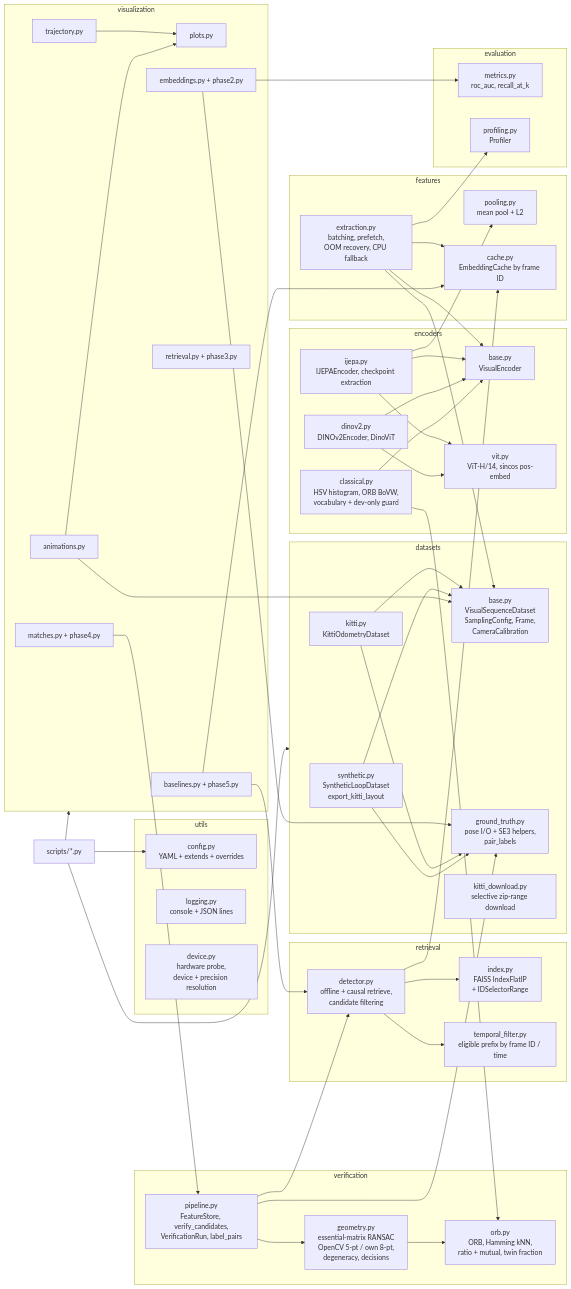
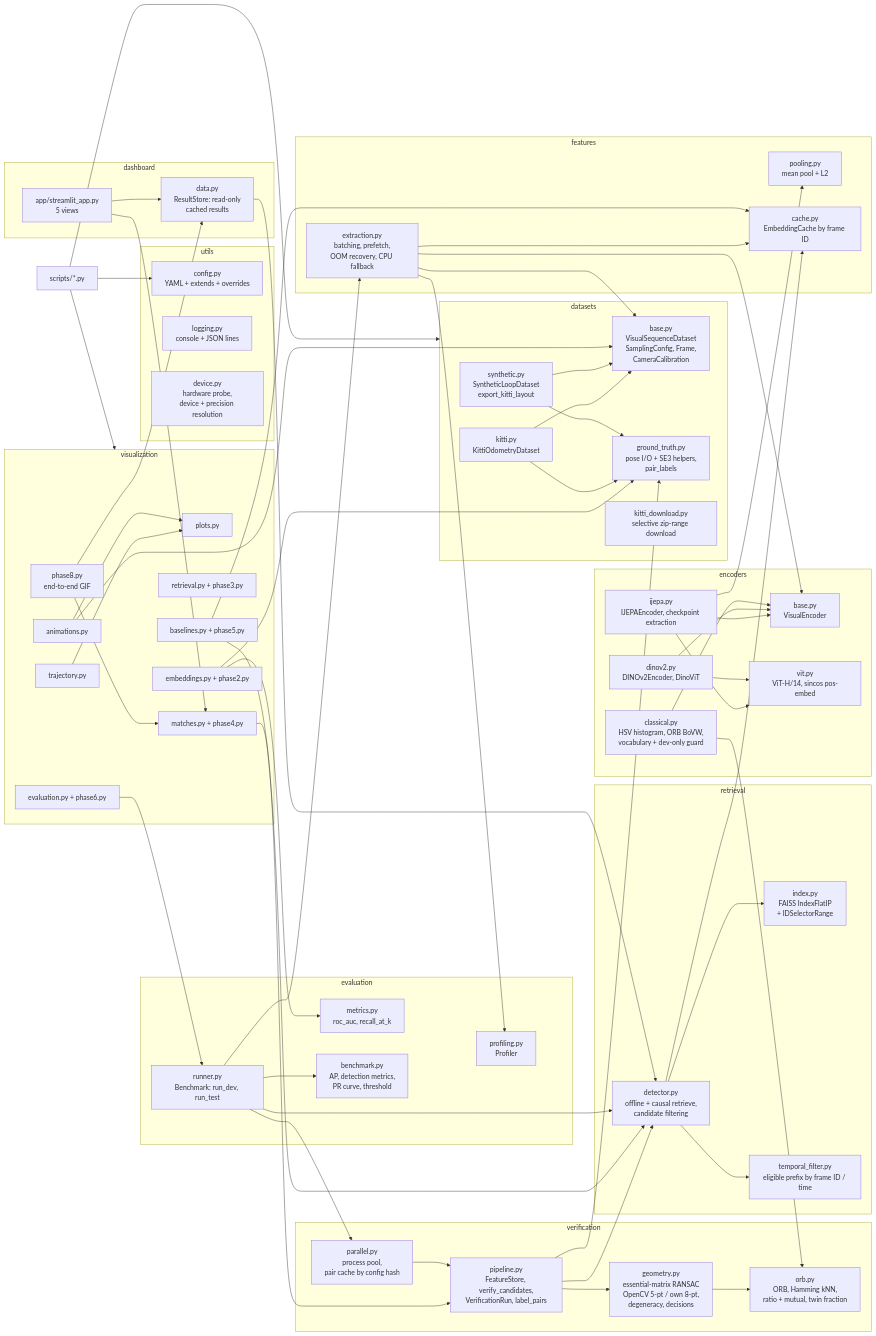
One commit to harishnr93/jepa-slam changed the first of 8 diagrams in docs/architecture.md. Above: the diagram before and after it, drawn with Mermaid. The commit also changed other lines of this file and 414 other files, not shown here.

Commit message:
Phase 7 & 8 - Dashboard, integration, Benchmark v2 with DINOv3

```diff
--- a/docs/architecture.md
+++ b/docs/architecture.md
@@ -39,10 +42,17 @@
         orb[orb.py<br/>ORB, Hamming kNN,<br/>ratio + mutual, twin fraction]
         geometry[geometry.py<br/>essential-matrix RANSAC<br/>OpenCV 5-pt / own 8-pt,<br/>degeneracy, decisions]
         vpipe[pipeline.py<br/>FeatureStore, verify_candidates,<br/>VerificationRun, label_pairs]
+        par[parallel.py<br/>process pool,<br/>pair cache by config hash]
     end
     subgraph evaluation
         metrics[metrics.py<br/>roc_auc, recall_at_k]
         profiling[profiling.py<br/>Profiler]
+        bench[benchmark.py<br/>AP, detection metrics,<br/>PR curve, threshold]
+        runner[runner.py<br/>Benchmark: run_dev, run_test]
+    end
+    subgraph dashboard
+        dstore[data.py<br/>ResultStore: read-only<br/>cached results]
+        app[app/streamlit_app.py<br/>5 views]
     end
     subgraph visualization
         plots[plots.py]
@@ -52,6 +62,8 @@
         ret[retrieval.py + phase3.py]
         mat[matches.py + phase4.py]
         base5[baselines.py + phase5.py]
+        eval6[evaluation.py + phase6.py]
+        p8[phase8.py<br/>end-to-end GIF]
     end
     ijepa --> vit
     ijepa --> ebase
@@ -76,6 +88,17 @@
     vpipe --> detector
     vpipe --> gt
     mat --> vpipe
+    par --> vpipe
+    runner --> detector
+    runner --> par
+    runner --> bench
+    runner --> extraction
+    eval6 --> runner
+    app --> dstore
+    app --> mat
+    dstore --> detector
+    p8 --> dstore
+    p8 --> mat
     kitti --> base
     synthetic --> base
     kitti --> gt
```
